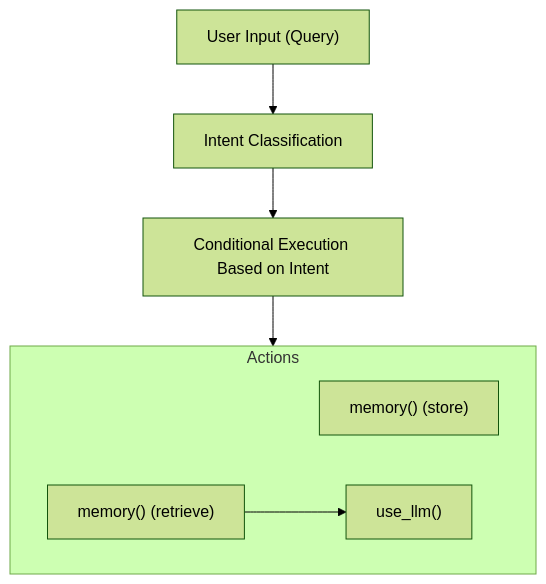
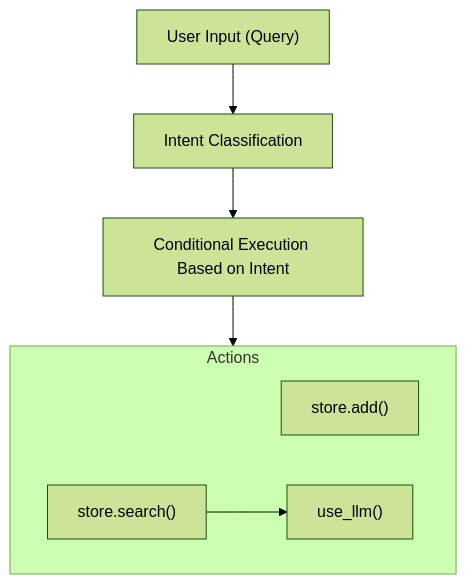
One commit to strands-agents/sdk-python changed the first of 2 diagrams in site/src/content/docs/examples/python/knowledge_base_agent.mdx. Above: the diagram before and after it, drawn with Mermaid (forest theme). The commit also changed other lines of this file and 8 other files, not shown here.

````diff
--- a/site/src/content/docs/examples/python/knowledge_base_agent.mdx
+++ b/site/src/content/docs/examples/python/knowledge_base_agent.mdx
@@ -49,11 +52,11 @@
 ```mermaid
 flowchart TD
     A["User Input (Query)"] --> B["Intent Classification"]
     B --> C["Conditional Execution Based on Intent"]
     C --> D["Actions"]
     
     subgraph D ["Actions"]
-        E["memory() (store)"] 
-        F["memory() (retrieve)"] --> G["use_llm()"]
+        E["store.add()"] 
+        F["store.search()"] --> G["use_llm()"]
     end
 ```
````
